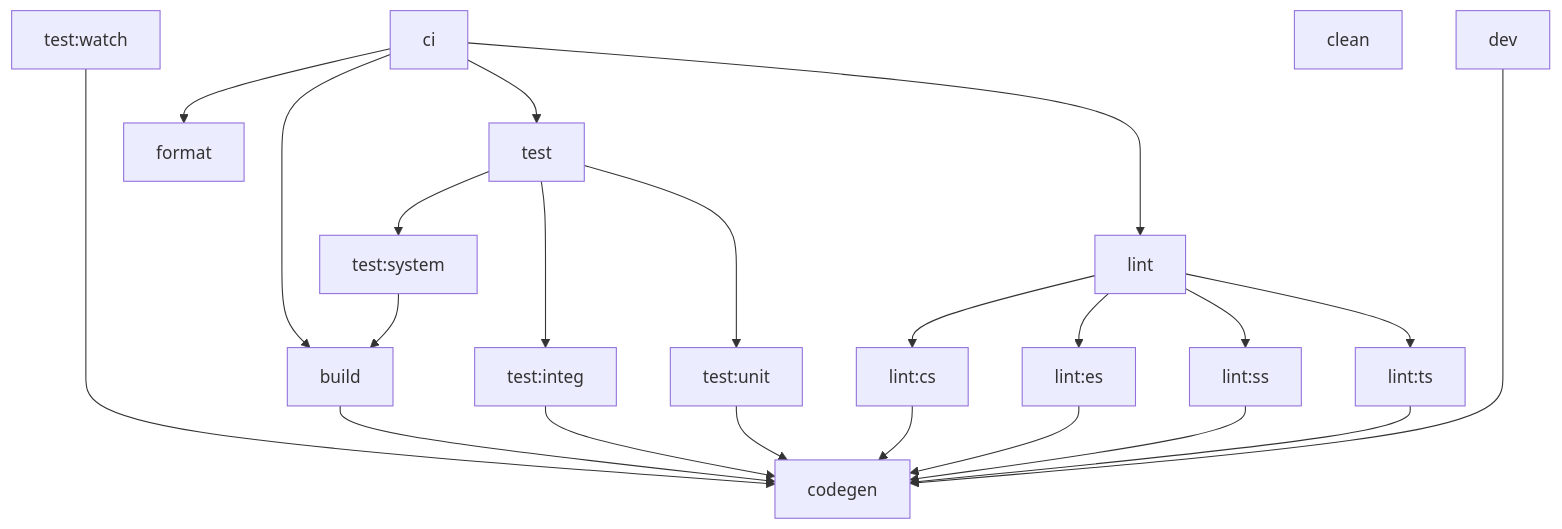
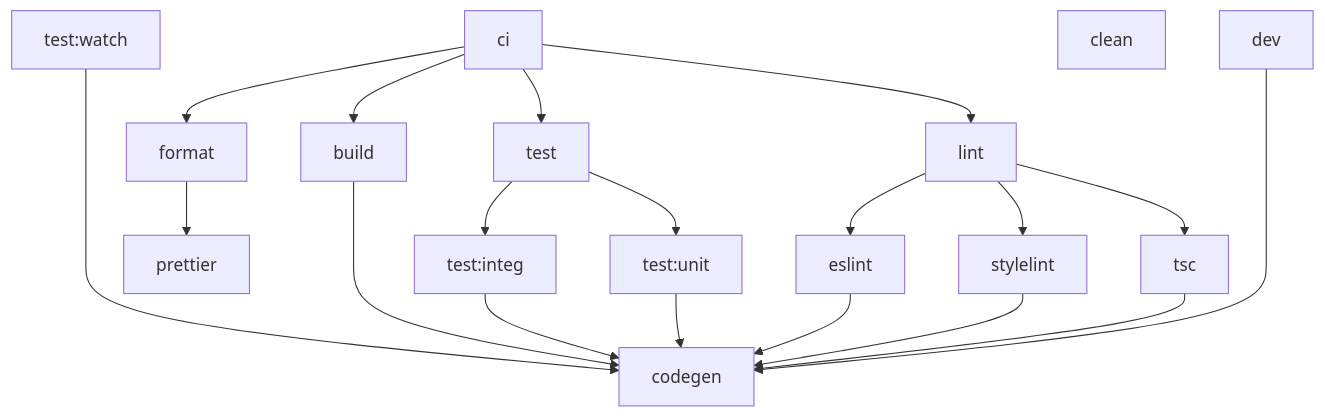
Before and after one commit to connorjs/nx-polyglot-example: the second of 2 diagrams in README.md, drawn with Mermaid. The commit also changed other lines of this file and 4 other files, not shown here.

````diff
--- a/README.md
+++ b/README.md
@@ -232,30 +232,28 @@
 ```mermaid
 graph TD;
-    test:watch -----> codegen
+    test:watch ----> codegen
 
+    ci --> format
     ci --> build
     ci --> test
-    ci --> format
     ci --> lint
 
-    build --> codegen
+    build ---> codegen
 
-    test --> test:system
+    format --> prettier
+
     test --> test:integ
     test --> test:unit
-    test:system --> build
     test:integ --> codegen
     test:unit --> codegen
 
-    lint --> lint:cs
-    lint --> lint:es
-    lint --> lint:ss
-    lint --> lint:ts
-    lint:cs --> codegen
-    lint:es --> codegen
-    lint:ss --> codegen
-    lint:ts --> codegen
+    lint --> eslint
+    lint --> stylelint
+    lint --> tsc
+    eslint --> codegen
+    stylelint --> codegen
+    tsc --> codegen
 
     clean
-    dev -----> codegen
+    dev ----> codegen
 ```
````
